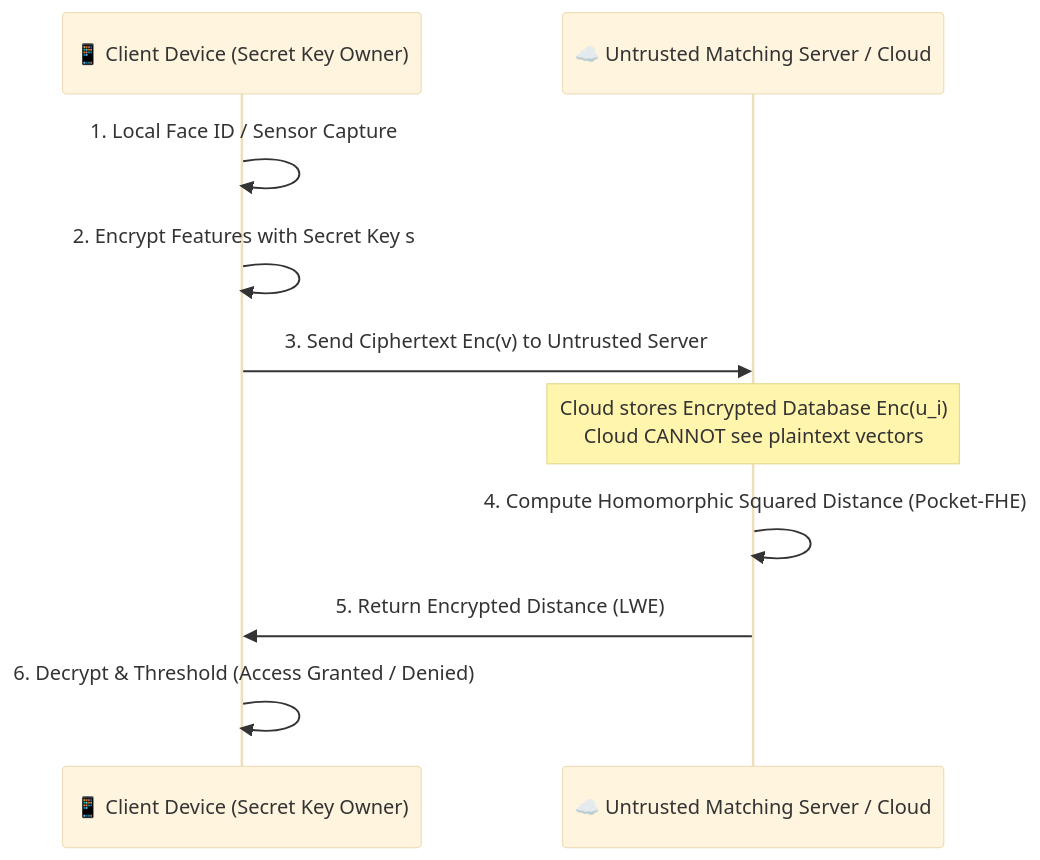
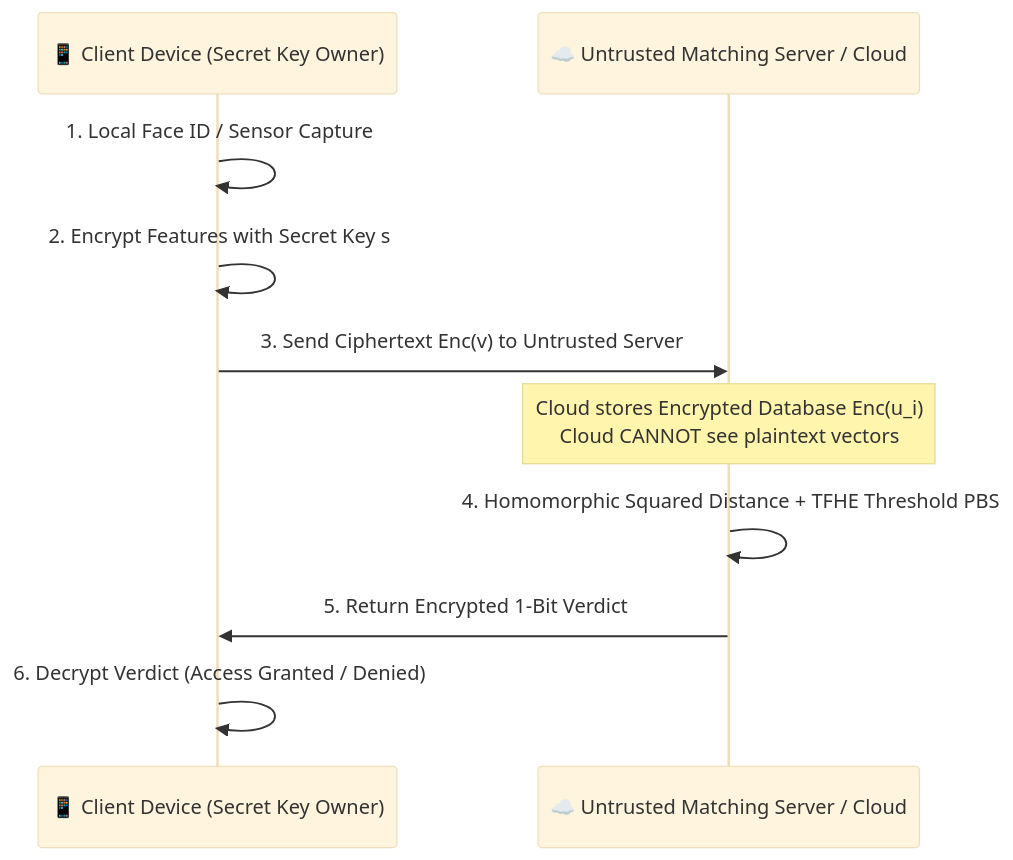
The third of 3 diagrams in README.md (nongba0/pocket-fhe), drawn with Mermaid (base theme) before and after one commit. The commit also changed other lines of this file and 6 other files, not shown here.

````diff
--- a/README.md
+++ b/README.md
@@ -147,13 +158,13 @@
 ```mermaid
 sequenceDiagram
     participant User as 📱 Client Device (Secret Key Owner)
     participant Cloud as ☁️ Untrusted Matching Server / Cloud
     
     User->>User: 1. Local Face ID / Sensor Capture
     User->>User: 2. Encrypt Features with Secret Key s
     User->>Cloud: 3. Send Ciphertext Enc(v) to Untrusted Server
     Note over Cloud: Cloud stores Encrypted Database Enc(u_i)<br/>Cloud CANNOT see plaintext vectors
-    Cloud->>Cloud: 4. Compute Homomorphic Squared Distance (Pocket-FHE)
-    Cloud->>User: 5. Return Encrypted Distance (LWE)
-    User->>User: 6. Decrypt & Threshold (Access Granted / Denied)
+    Cloud->>Cloud: 4. Homomorphic Squared Distance + TFHE Threshold PBS
+    Cloud->>User: 5. Return Encrypted 1-Bit Verdict
+    User->>User: 6. Decrypt Verdict (Access Granted / Denied)
 ```
````
